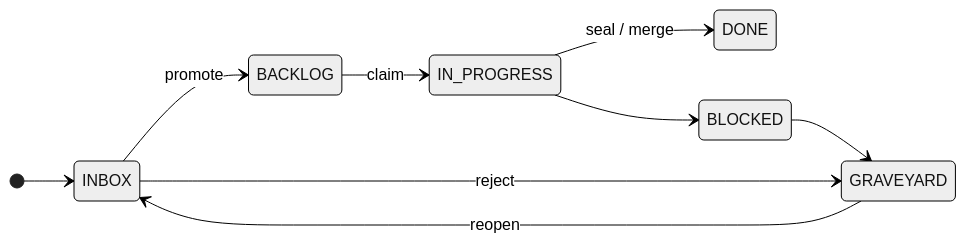
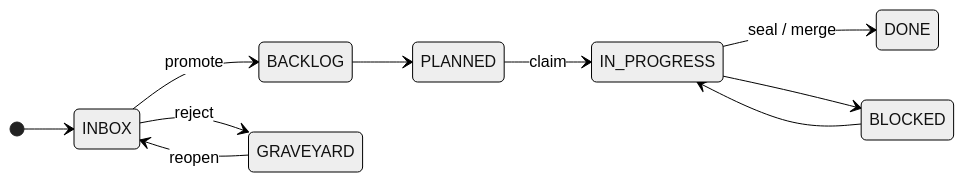
The diagram in docs/XYPH_Workflows.md (flyingrobots/xyph), drawn with Mermaid (neutral theme) before and after one commit. The commit also changed 8 other files, not shown here.

First line of the commit message:
fix: resolve review findings in Mermaid diagrams (WVR-006)

````diff
--- a/docs/XYPH_Workflows.md
+++ b/docs/XYPH_Workflows.md
@@ -383,12 +383,13 @@
 ```mermaid
 stateDiagram-v2
     direction LR
     [*] --> INBOX
     INBOX --> BACKLOG : promote
     INBOX --> GRAVEYARD : reject
-    BACKLOG --> IN_PROGRESS : claim
+    BACKLOG --> PLANNED
+    PLANNED --> IN_PROGRESS : claim
     IN_PROGRESS --> DONE : seal / merge
     IN_PROGRESS --> BLOCKED
-    BLOCKED --> GRAVEYARD
+    BLOCKED --> IN_PROGRESS
     GRAVEYARD --> INBOX : reopen
 ```
````
